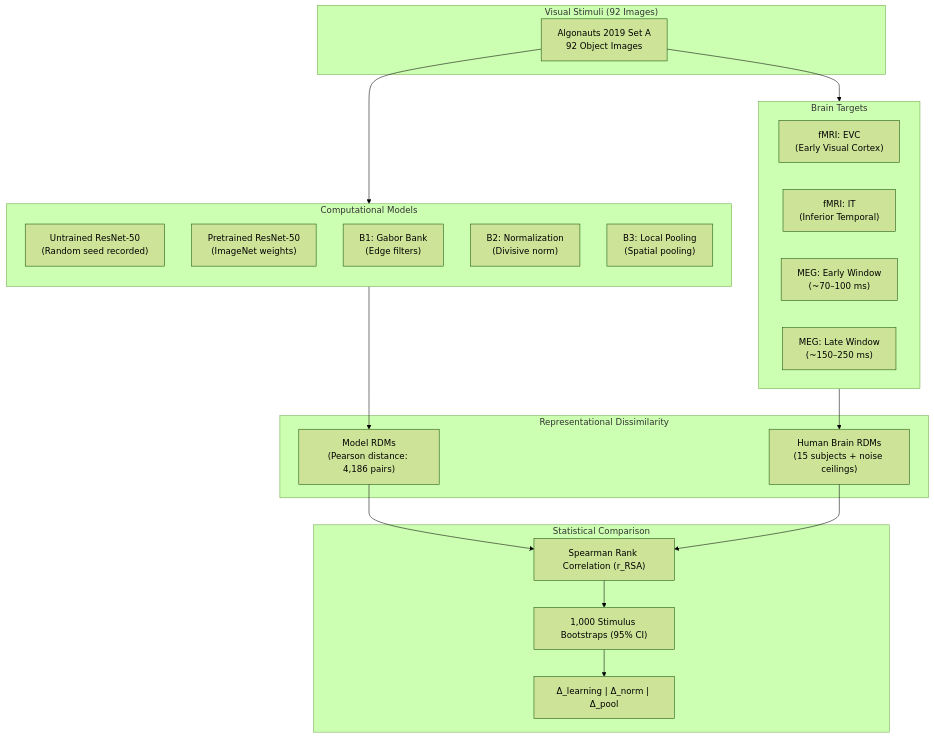
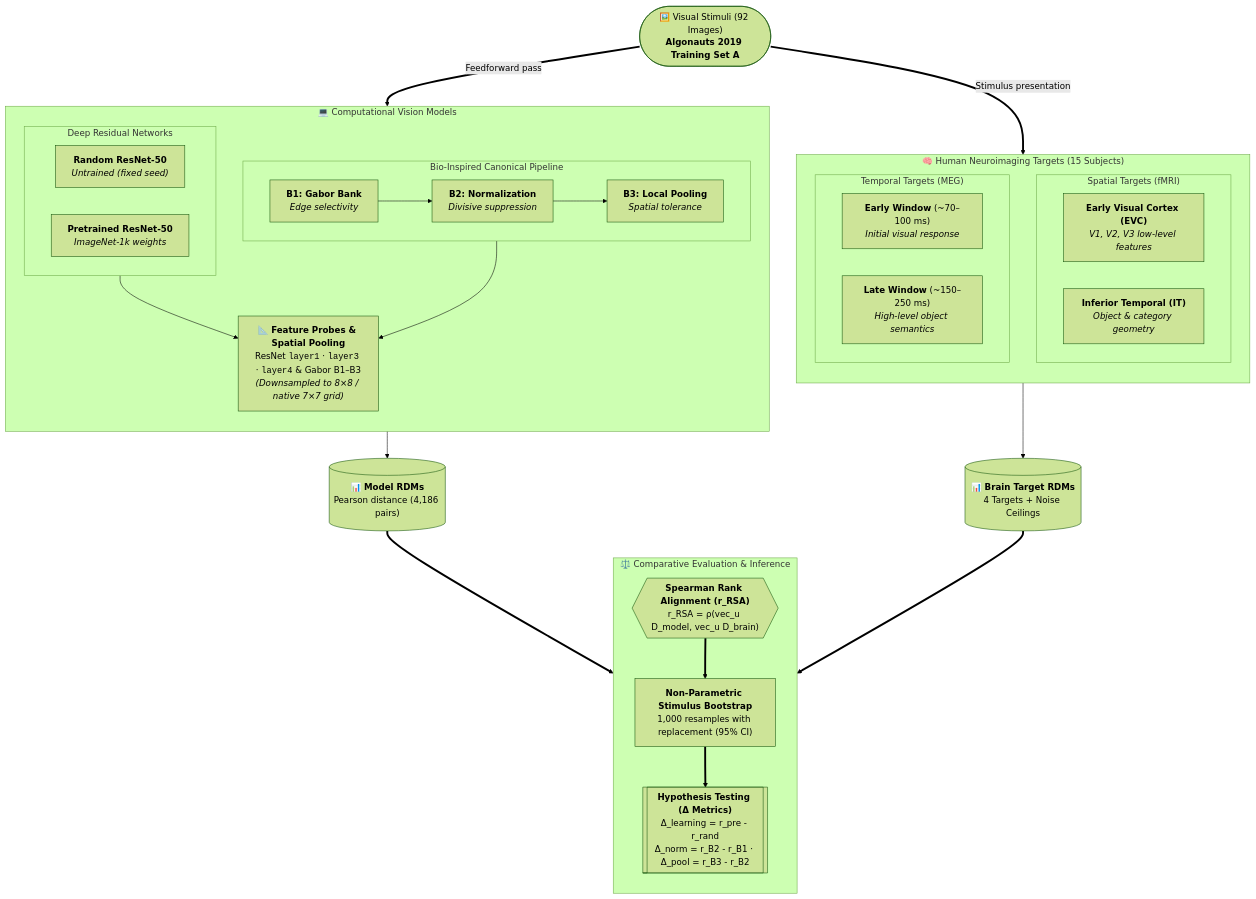
Before and after one commit to itsNisarg/Visual-Representations-in-Brains-and-Computational-Models: the diagram in README.md, drawn with Mermaid (forest theme).

````diff
--- a/README.md
+++ b/README.md
@@ -23,41 +23,54 @@
 ```mermaid
 flowchart TD
-    subgraph Stimuli["Visual Stimuli (92 Images)"]
-        S["Algonauts 2019 Set A<br/>92 Object Images"]
+    IMG(["🖼️ Visual Stimuli (92 Images)<br/><b>Algonauts 2019 Training Set A</b>"])
+
+    subgraph MODELS [" 💻 Computational Vision Models "]
+        direction TB
+        subgraph RESNET [" Deep Residual Networks "]
+            direction LR
+            M_RAND["<b>Random ResNet-50</b><br/><i>Untrained (fixed seed)</i>"]
+            M_PRE["<b>Pretrained ResNet-50</b><br/><i>ImageNet-1k weights</i>"]
+        end
+        subgraph GABOR [" Bio-Inspired Canonical Pipeline "]
+            direction LR
+            B1["<b>B1: Gabor Bank</b><br/><i>Edge selectivity</i>"] --> B2["<b>B2: Normalization</b><br/><i>Divisive suppression</i>"] --> B3["<b>B3: Local Pooling</b><br/><i>Spatial tolerance</i>"]
+        end
+        FEAT["📐 <b>Feature Probes & Spatial Pooling</b><br/>ResNet <code>layer1</code> · <code>layer3</code> · <code>layer4</code> & Gabor B1–B3<br/><i>(Downsampled to 8×8 / native 7×7 grid)</i>"]
+        RESNET --> FEAT
+        GABOR --> FEAT
     end
 
-    subgraph Models["Computational Models"]
+    subgraph BRAIN [" 🧠 Human Neuroimaging Targets (15 Subjects) "]
         direction TB
-        M1["Untrained ResNet-50<br/>(Random seed recorded)"]
-        M2["Pretrained ResNet-50<br/>(ImageNet weights)"]
-        M3["B1: Gabor Bank<br/>(Edge filters)"]
-        M4["B2: Normalization<br/>(Divisive norm)"]
-        M5["B3: Local Pooling<br/>(Spatial pooling)"]
+        subgraph FMRI [" Spatial Targets (fMRI) "]
+            direction LR
+            EVC["<b>Early Visual Cortex (EVC)</b><br/><i>V1, V2, V3 low-level features</i>"]
+            IT["<b>Inferior Temporal (IT)</b><br/><i>Object & category geometry</i>"]
+        end
+        subgraph MEG [" Temporal Targets (MEG) "]
+            direction LR
+            MEG_E["<b>Early Window</b> (~70–100 ms)<br/><i>Initial visual response</i>"]
+            MEG_L["<b>Late Window</b> (~150–250 ms)<br/><i>High-level object semantics</i>"]
+        end
     end
 
-    subgraph RDMs["Representational Dissimilarity"]
-        MRDM["Model RDMs<br/>(Pearson distance: 4,186 pairs)"]
-        BRDM["Human Brain RDMs<br/>(15 subjects + noise ceilings)"]
+    IMG ==>|"Feedforward pass"| MODELS
+    IMG ==>|"Stimulus presentation"| BRAIN
+
+    RDM_M[("📊 <b>Model RDMs</b><br/>Pearson distance (4,186 pairs)")]
+    RDM_B[("📊 <b>Brain Target RDMs</b><br/>4 Targets + Noise Ceilings")]
+
+    FEAT --> RDM_M
+    BRAIN --> RDM_B
+
+    subgraph EVAL [" ⚖️ Comparative Evaluation & Inference "]
+        direction TB
+        RSA{{"<b>Spearman Rank Alignment (r_RSA)</b><br/>r_RSA = ρ(vec_u D_model, vec_u D_brain)"}}
+        BOOT["<b>Non-Parametric Stimulus Bootstrap</b><br/>1,000 resamples with replacement (95% CI)"]
+        DIFF[["<b>Hypothesis Testing (Δ Metrics)</b><br/>Δ_learning = r_pre - r_rand<br/>Δ_norm = r_B2 - r_B1 · Δ_pool = r_B3 - r_B2"]]
+        RSA ==> BOOT ==> DIFF
     end
 
-    subgraph Targets["Brain Targets"]
-        T1["fMRI: EVC<br/>(Early Visual Cortex)"]
-        T2["fMRI: IT<br/>(Inferior Temporal)"]
-        T3["MEG: Early Window<br/>(~70–100 ms)"]
-        T4["MEG: Late Window<br/>(~150–250 ms)"]
-    end
-
-    subgraph Evaluation["Statistical Comparison"]
-        RSA["Spearman Rank Correlation (r_RSA)"]
-        BOOT["1,000 Stimulus Bootstraps (95% CI)"]
-        DIFF["Δ_learning | Δ_norm | Δ_pool"]
-    end
-
-    S --> Models
-    Models --> MRDM
-    S --> Targets
-    Targets --> BRDM
-    MRDM --> RSA
-    BRDM --> RSA
-    RSA --> BOOT --> DIFF
+    RDM_M ==> RSA
+    RDM_B ==> RSA
 ```
````
